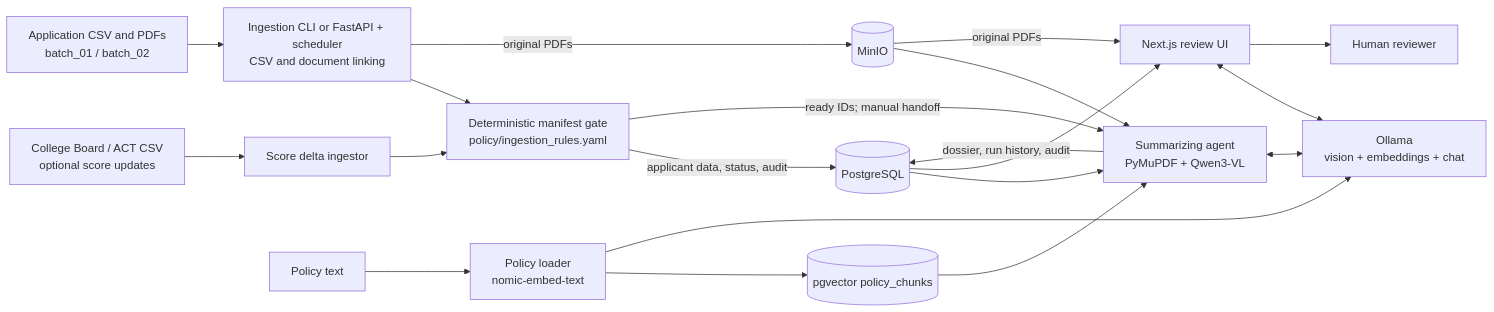
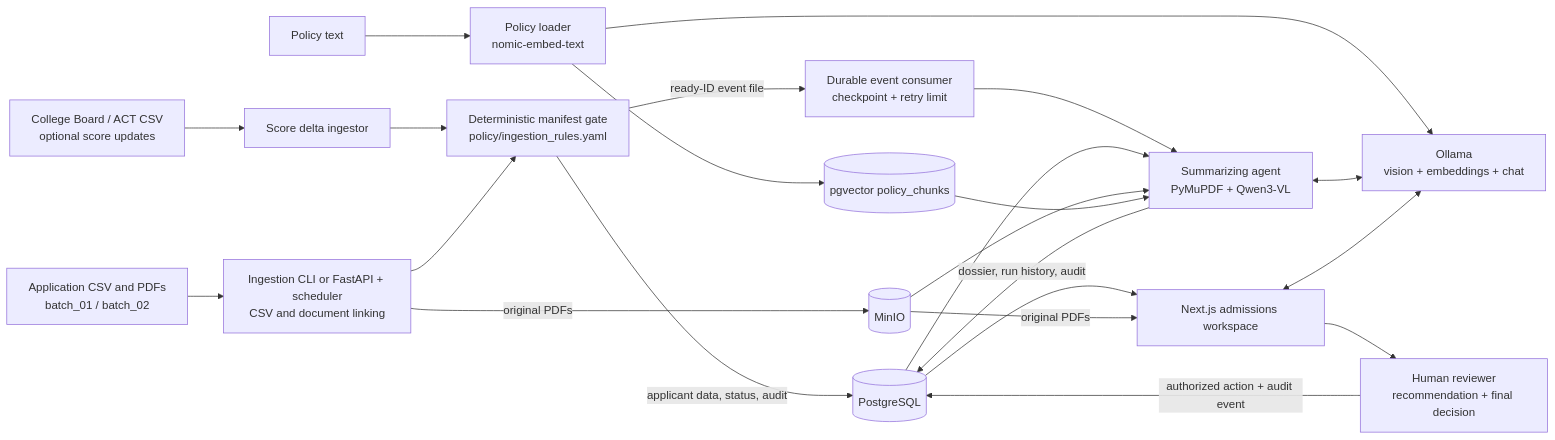
Before and after one commit to kappasprouts/MSA8770-Fall2026: the diagram in README.md, drawn with Mermaid. The commit also changed other lines of this file, not shown here.

````diff
--- a/README.md
+++ b/README.md
@@ -30,21 +30,23 @@
 ```mermaid
 flowchart LR
     B["Application CSV and PDFs<br/>batch_01 / batch_02"] --> I["Ingestion CLI or FastAPI + scheduler<br/>CSV and document linking"]
     S["College Board / ACT CSV<br/>optional score updates"] --> SI["Score delta ingestor"] --> G
     I --> G["Deterministic manifest gate<br/>policy/ingestion_rules.yaml"]
     G -->|applicant data, status, audit| DB[(PostgreSQL)]
     I -->|original PDFs| M[(MinIO)]
-    G -->|ready IDs; manual handoff| A["Summarizing agent<br/>PyMuPDF + Qwen3-VL"]
+    G -->|ready-ID event file| E["Durable event consumer<br/>checkpoint + retry limit"]
+    E --> A["Summarizing agent<br/>PyMuPDF + Qwen3-VL"]
     P["Policy text"] --> L["Policy loader<br/>nomic-embed-text"] --> V[(pgvector policy_chunks)]
     DB --> A
     M --> A
     V --> A
     A -->|dossier, run history, audit| DB
-    DB --> U["Next.js review UI"]
+    DB --> U["Next.js admissions workspace"]
     M -->|original PDFs| U
     O["Ollama<br/>vision + embeddings + chat"]
     L --> O
     A <--> O
     U <--> O
-    U --> H["Human reviewer"]
+    U --> H["Human reviewer<br/>recommendation + final decision"]
+    H -->|authorized action + audit event| DB
 ```
````
